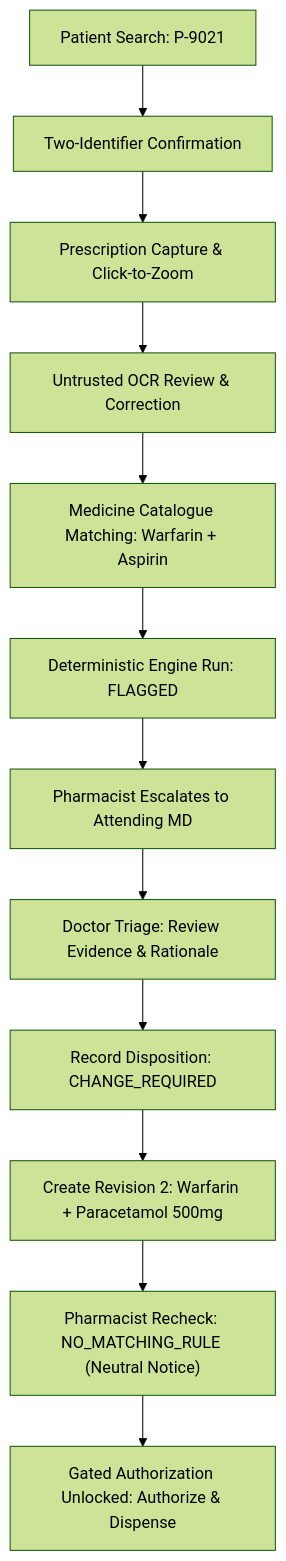
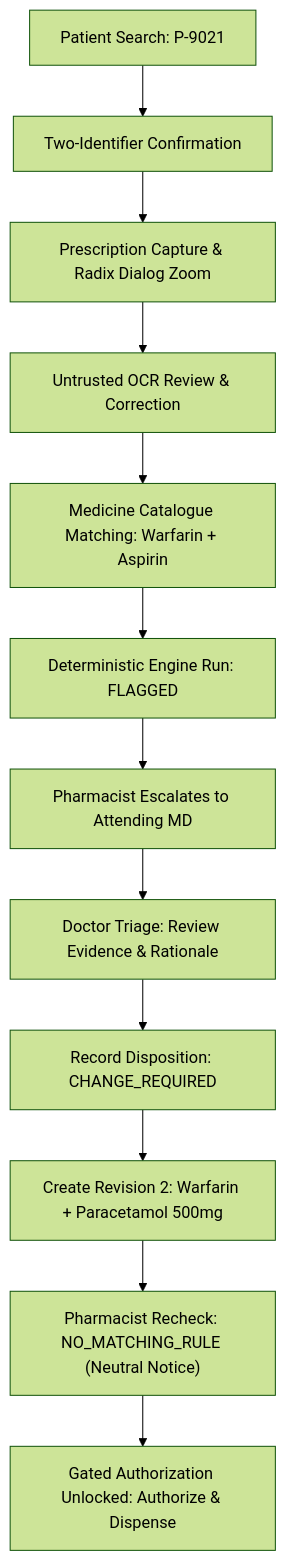
Before and after one commit to Samudra-Bose/PharmaVigil: the diagram in medication-safety-frontend/docs/walkthrough.md, drawn with Mermaid (forest theme). The commit also changed other lines of this file, not shown here.

````diff
--- a/medication-safety-frontend/docs/walkthrough.md
+++ b/medication-safety-frontend/docs/walkthrough.md
@@ -75,14 +79,14 @@
 ```mermaid
 flowchart TD
     A["Patient Search: P-9021"] --> B["Two-Identifier Confirmation"]
-    B --> C["Prescription Capture & Click-to-Zoom"]
+    B --> C["Prescription Capture & Radix Dialog Zoom"]
     C --> D["Untrusted OCR Review & Correction"]
     D --> E["Medicine Catalogue Matching: Warfarin + Aspirin"]
     E --> F["Deterministic Engine Run: FLAGGED"]
     F --> G["Pharmacist Escalates to Attending MD"]
     G --> H["Doctor Triage: Review Evidence & Rationale"]
     H --> I["Record Disposition: CHANGE_REQUIRED"]
     I --> J["Create Revision 2: Warfarin + Paracetamol 500mg"]
     J --> K["Pharmacist Recheck: NO_MATCHING_RULE (Neutral Notice)"]
     K --> L["Gated Authorization Unlocked: Authorize & Dispense"]
 ```
````
